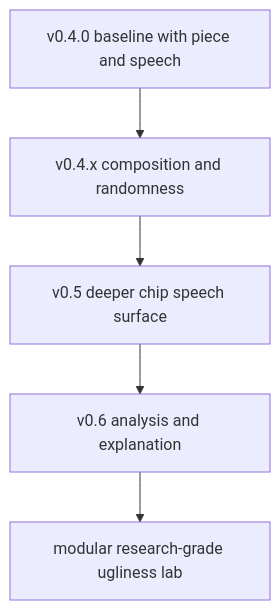
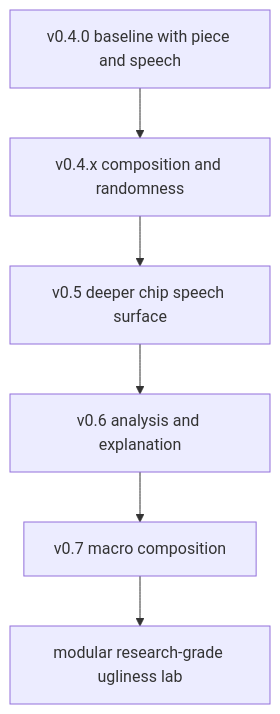
Before and after one commit to TheColby/UglySoundGenerator: the diagram in docs/ROADMAP.md, drawn with Mermaid. The commit also changed other lines of this file and 11 other files, not shown here.

Commit message:
Release v0.7 macro composition controls

````diff
--- a/docs/ROADMAP.md
+++ b/docs/ROADMAP.md
@@ -135,7 +154,8 @@
 ```mermaid
 flowchart TD
   A["v0.4.0 baseline with piece and speech"] --> B["v0.4.x composition and randomness"]
   B --> C["v0.5 deeper chip speech surface"]
   C --> D["v0.6 analysis and explanation"]
-  D --> E["modular research-grade ugliness lab"]
+  D --> E["v0.7 macro composition"]
+  E --> F["modular research-grade ugliness lab"]
 ```
````
